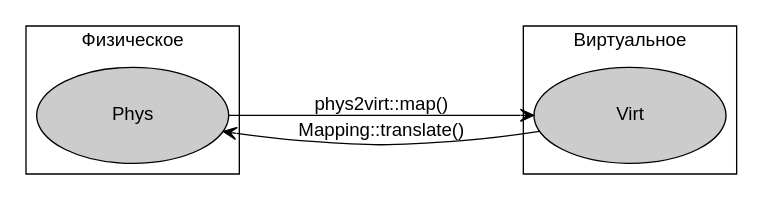
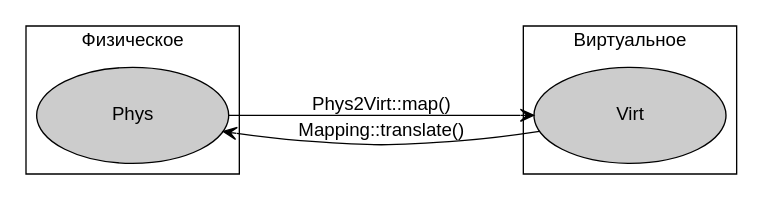
The diagram in lab/src/2-mm-0-intro-3-spaces.dot (AntonGlinisty/nikka-practice), drawn with Graphviz before and after one commit. The commit also changed 30 other files, not shown here.

First line of the commit message:
Make `Phys2Virt` from scratch

```diff
--- a/lab/src/2-mm-0-intro-3-spaces.dot
+++ b/lab/src/2-mm-0-intro-3-spaces.dot
@@ -1,26 +1,26 @@
 digraph diagram {
     rankdir = LR
     ranksep = 1.5
 
     fontname="Helvetica,Arial,sans-serif"
 
     node [fontname = "Helvetica,Arial,sans-serif"; width = 2.0; height = 1.0; style = filled; fillcolor = "#CCCCCC"]
     edge [arrowhead = vee; fontname="Helvetica,Arial,sans-serif"]
 
     subgraph cluster_phys_memory {
         label = "Физическое"
         labelloc = "t"
 
         Phys
     }
 
     subgraph cluster_virt_memory {
         label = "Виртуальное"
         labelloc = "t"
 
         Virt
     }
 
-    Phys -> Virt [label = "phys2virt::map()"]
+    Phys -> Virt [label = "Phys2Virt::map()"]
     Virt -> Phys [constraint = false; label = "Mapping::translate()"]
 }
```
